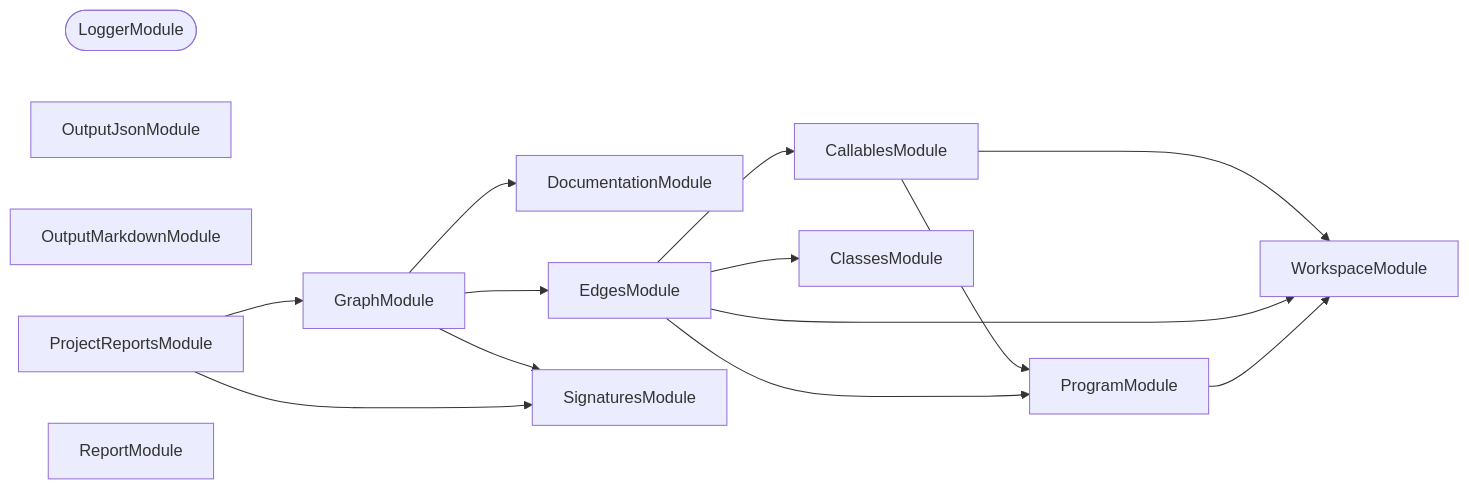
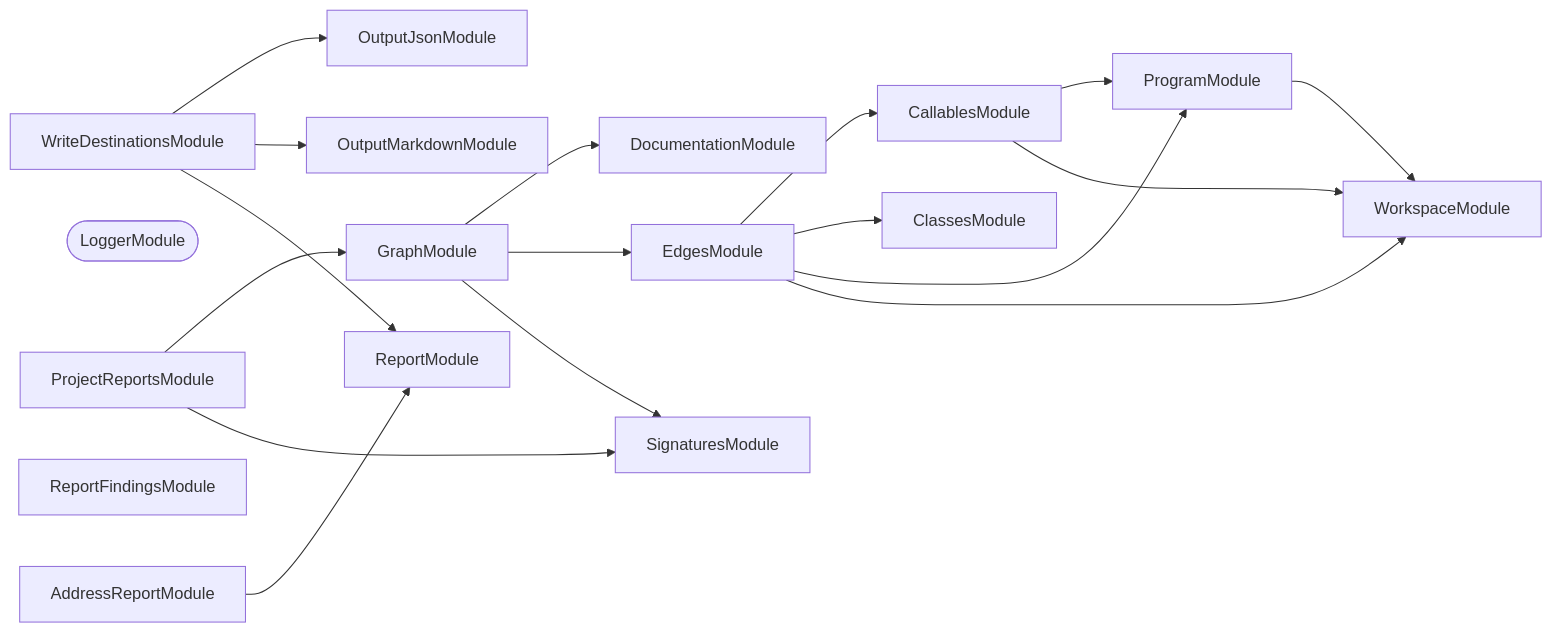
Before and after one commit to JimmyPaolini/codebase: the second of 3 diagrams in packages/ic-suite/callidescope/callidescope-output/README.md, drawn with Mermaid. The commit also changed other lines of this file and 78 other files, not shown here.

````diff
--- a/packages/ic-suite/callidescope/callidescope-output/README.md
+++ b/packages/ic-suite/callidescope/callidescope-output/README.md
@@ -172,28 +174,35 @@
 ```mermaid
 flowchart LR
+  AddressReportModule
   CallablesModule
   ClassesModule
   DocumentationModule
   EdgesModule
   GraphModule
   LoggerModule([LoggerModule])
   OutputJsonModule
   OutputMarkdownModule
   ProgramModule
   ProjectReportsModule
+  ReportFindingsModule
   ReportModule
   SignaturesModule
   WorkspaceModule
+  WriteDestinationsModule
+  AddressReportModule --> ReportModule
   CallablesModule --> ProgramModule
   CallablesModule --> WorkspaceModule
   EdgesModule --> CallablesModule
   EdgesModule --> ClassesModule
   EdgesModule --> ProgramModule
   EdgesModule --> WorkspaceModule
   GraphModule --> DocumentationModule
   GraphModule --> EdgesModule
   GraphModule --> SignaturesModule
   ProgramModule --> WorkspaceModule
   ProjectReportsModule --> GraphModule
   ProjectReportsModule --> SignaturesModule
+  WriteDestinationsModule --> OutputJsonModule
+  WriteDestinationsModule --> OutputMarkdownModule
+  WriteDestinationsModule --> ReportModule
 ```
````
